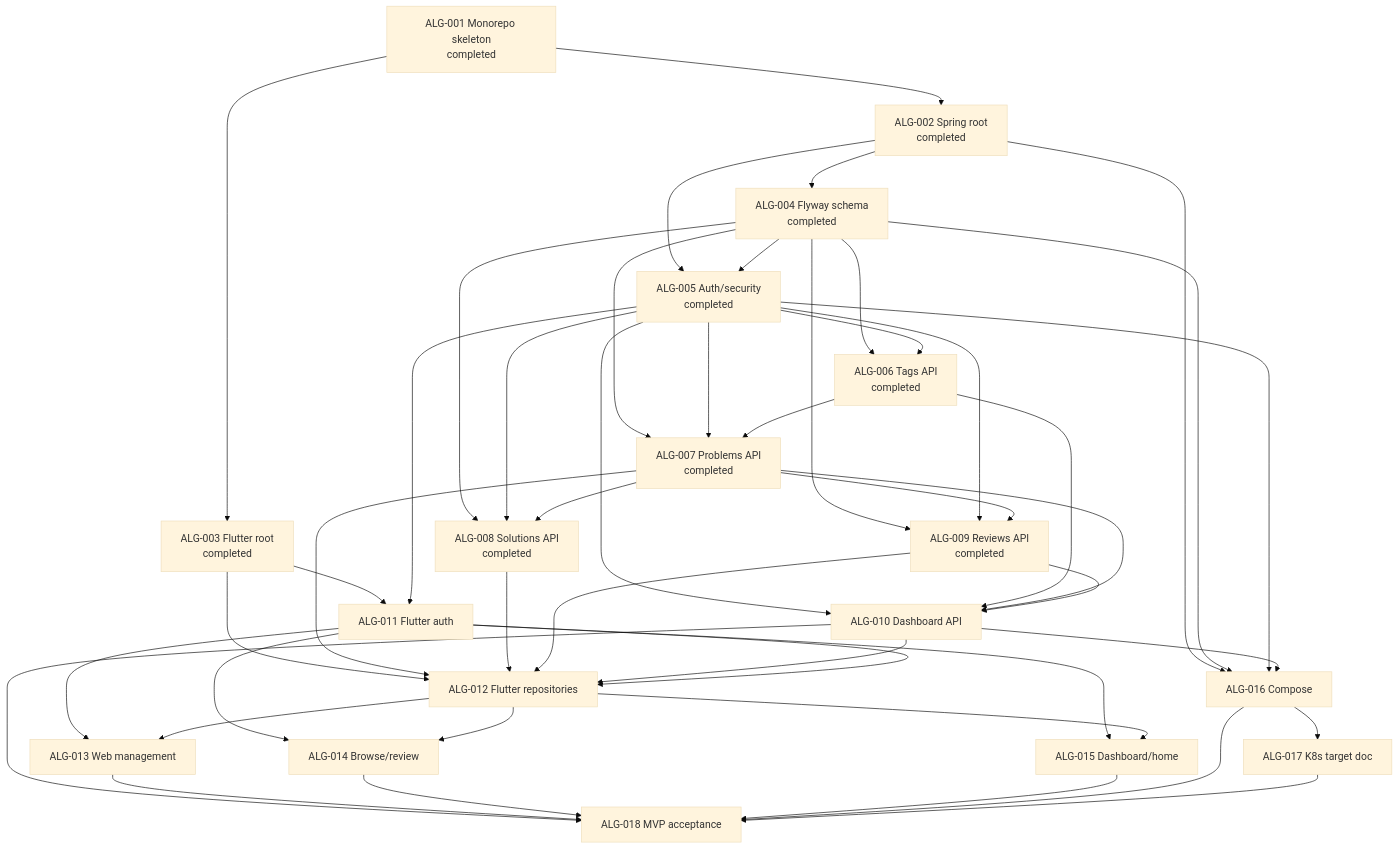
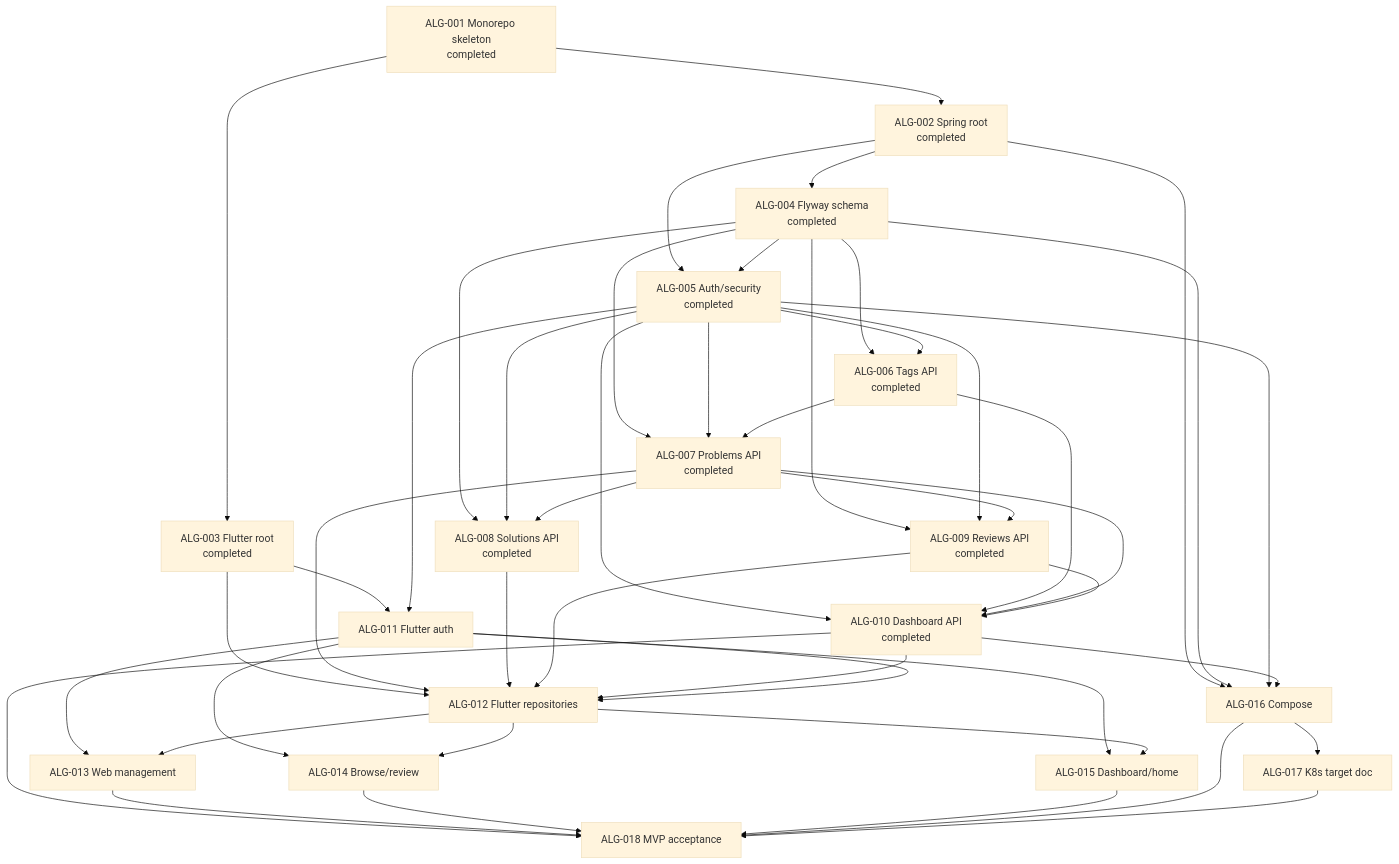
Before and after one commit to allenljf/algorithm-learning: the diagram in agent-workflow/WORK_GRAPH.md, drawn with Mermaid (base theme). The commit also changed 10 other files, not shown here.

Commit message:
feat: add dashboard aggregation API

````diff
--- a/agent-workflow/WORK_GRAPH.md
+++ b/agent-workflow/WORK_GRAPH.md
@@ -3,67 +3,67 @@
 ```mermaid
 flowchart TD
   T1[ALG-001 Monorepo skeleton\ncompleted]
   T2[ALG-002 Spring root\ncompleted]
   T3[ALG-003 Flutter root\ncompleted]
   T4[ALG-004 Flyway schema\ncompleted]
   T5[ALG-005 Auth/security\ncompleted]
   T6[ALG-006 Tags API\ncompleted]
   T7[ALG-007 Problems API\ncompleted]
   T8[ALG-008 Solutions API\ncompleted]
   T9[ALG-009 Reviews API\ncompleted]
-  T10[ALG-010 Dashboard API]
+  T10[ALG-010 Dashboard API\ncompleted]
   T11[ALG-011 Flutter auth]
   T12[ALG-012 Flutter repositories]
   T13[ALG-013 Web management]
   T14[ALG-014 Browse/review]
   T15[ALG-015 Dashboard/home]
   T16[ALG-016 Compose]
   T17[ALG-017 K8s target doc]
   T18[ALG-018 MVP acceptance]
 
   T1 --> T2
   T1 --> T3
   T2 --> T4
   T2 --> T5
   T4 --> T5
   T4 --> T6
   T5 --> T6
   T4 --> T7
   T5 --> T7
   T6 --> T7
   T4 --> T8
   T5 --> T8
   T7 --> T8
   T4 --> T9
   T5 --> T9
   T7 --> T9
   T5 --> T10
   T6 --> T10
   T7 --> T10
   T9 --> T10
   T3 --> T11
   T5 --> T11
   T3 --> T12
   T7 --> T12
   T8 --> T12
   T9 --> T12
   T10 --> T12
   T11 --> T12
   T11 --> T13
   T12 --> T13
   T11 --> T14
   T12 --> T14
   T11 --> T15
   T12 --> T15
   T2 --> T16
   T4 --> T16
   T5 --> T16
   T10 --> T16
   T16 --> T17
   T10 --> T18
   T13 --> T18
   T14 --> T18
   T15 --> T18
   T16 --> T18
   T17 --> T18
 ```
````
